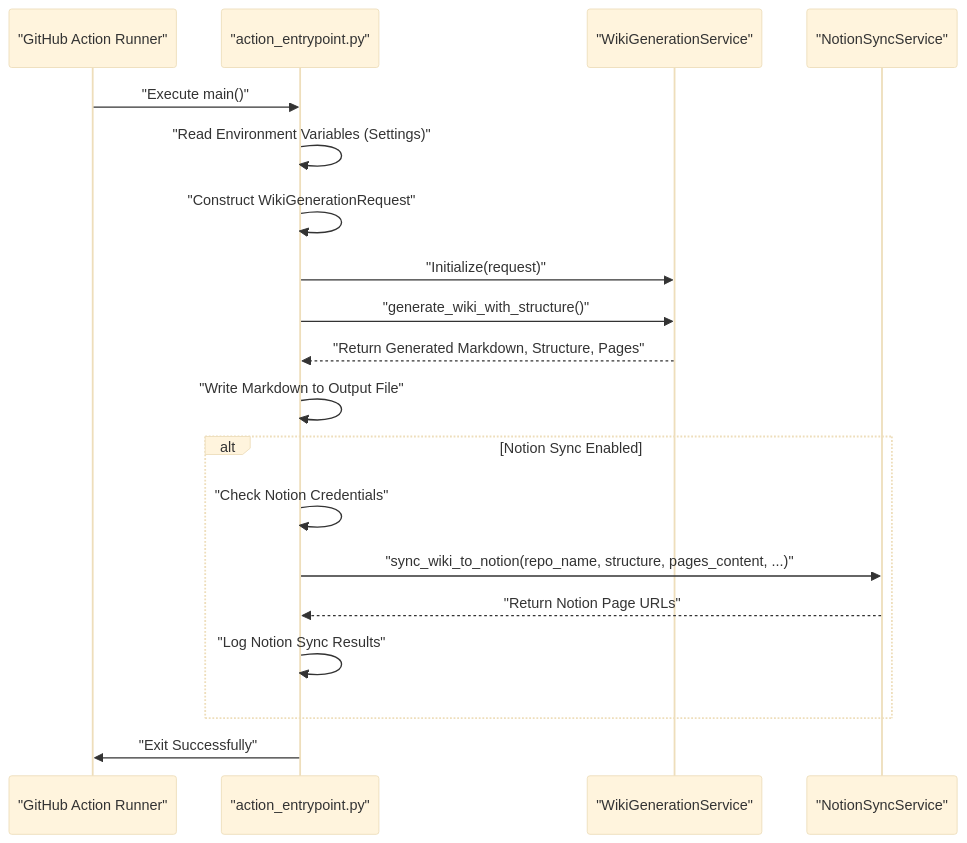
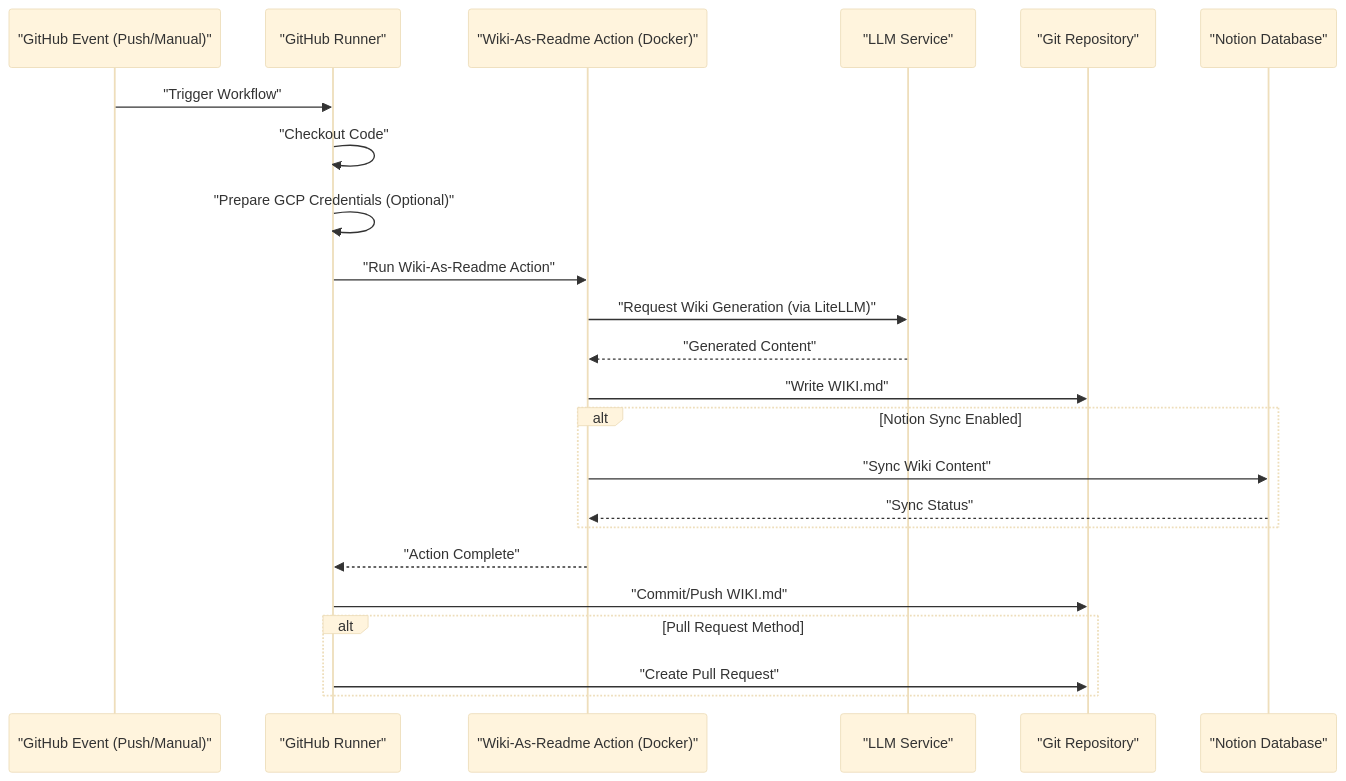
Before and after one commit to catuscio/wiki-as-readme: the second of 19 diagrams in examples/wiki_as_README.md, drawn with Mermaid (base theme). The commit also changed other lines of this file, not shown here.

Commit message:
✨📚 Update examples/wiki_as_README.md via Wiki-As-Readme Action (en)

````diff
--- a/examples/wiki_as_README.md
+++ b/examples/wiki_as_README.md
@@ -241,22 +200,26 @@
 ```mermaid
 sequenceDiagram
-    participant GHA as "GitHub Action Runner"
-    participant AE as "action_entrypoint.py"
-    participant WS as "WikiGenerationService"
-    participant NS as "NotionSyncService"
+    participant GH_Event as "GitHub Event (Push/Manual)"
+    participant GH_Runner as "GitHub Runner"
+    participant WikiAction as "Wiki-As-Readme Action (Docker)"
+    participant LLM_Service as "LLM Service"
+    participant Git_Repo as "Git Repository"
+    participant Notion_DB as "Notion Database"
 
-    GHA->>AE: "Execute main()"
-    AE->>AE: "Read Environment Variables (Settings)"
-    AE->>AE: "Construct WikiGenerationRequest"
-    AE->>WS: "Initialize(request)"
-    AE->>WS: "generate_wiki_with_structure()"
-    WS-->>AE: "Return Generated Markdown, Structure, Pages"
-    AE->>AE: "Write Markdown to Output File"
+    GH_Event->>GH_Runner: "Trigger Workflow"
+    GH_Runner->>GH_Runner: "Checkout Code"
+    GH_Runner->>GH_Runner: "Prepare GCP Credentials (Optional)"
+    GH_Runner->>WikiAction: "Run Wiki-As-Readme Action"
+    WikiAction->>LLM_Service: "Request Wiki Generation (via LiteLLM)"
+    LLM_Service-->>WikiAction: "Generated Content"
+    WikiAction->>Git_Repo: "Write WIKI.md"
     alt Notion Sync Enabled
-        AE->>AE: "Check Notion Credentials"
-        AE->>NS: "sync_wiki_to_notion(repo_name, structure, pages_content, ...)"
-        NS-->>AE: "Return Notion Page URLs"
-        AE->>AE: "Log Notion Sync Results"
+        WikiAction->>Notion_DB: "Sync Wiki Content"
+        Notion_DB-->>WikiAction: "Sync Status"
     end
-    AE->>GHA: "Exit Successfully"
+    WikiAction-->>GH_Runner: "Action Complete"
+    GH_Runner->>Git_Repo: "Commit/Push WIKI.md"
+    alt Pull Request Method
+        GH_Runner->>Git_Repo: "Create Pull Request"
+    end
 ```
````
